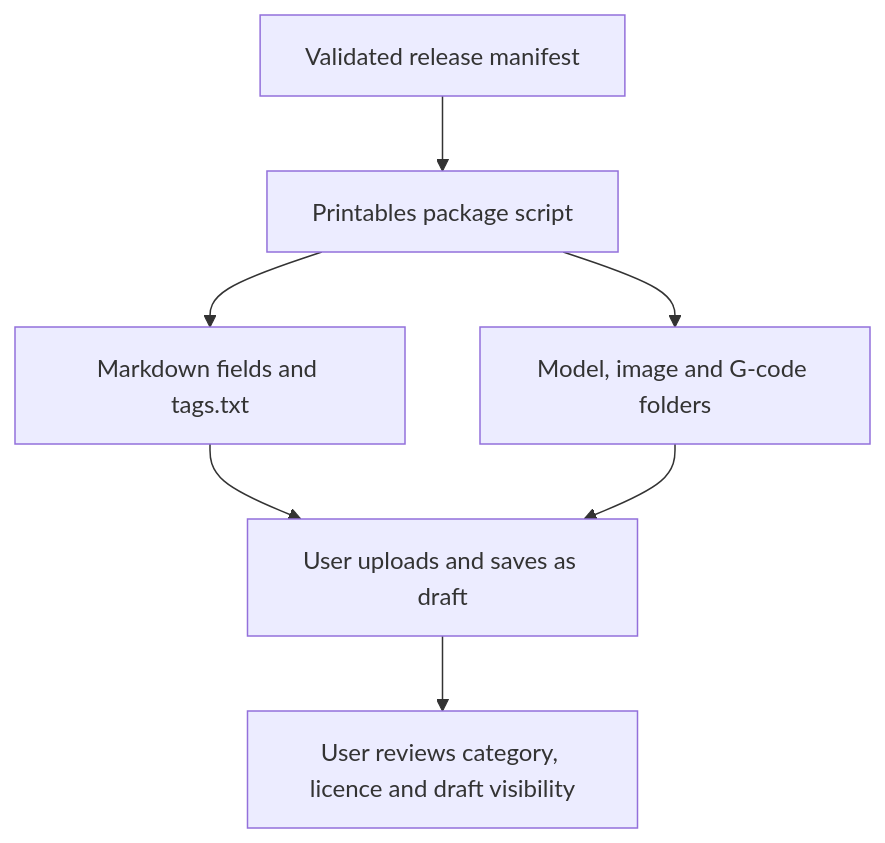
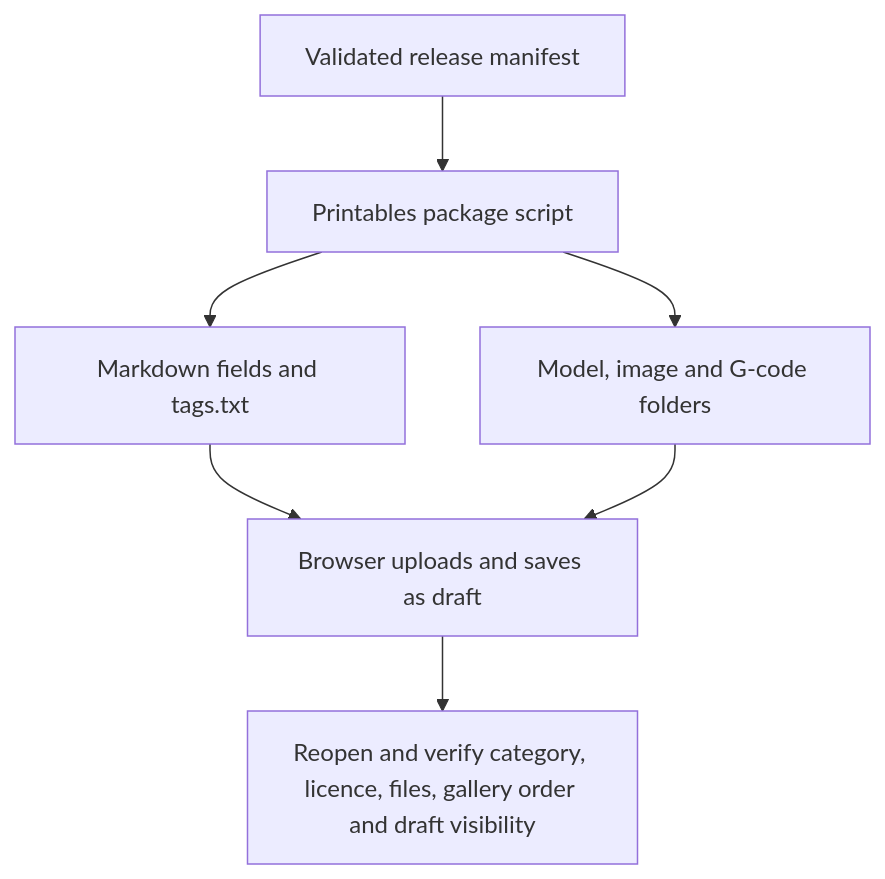
Before and after one commit to ScottGibb/CAD-Publishing-Skills: the second of 4 diagrams in README.md, drawn with Mermaid. The commit also changed other lines of this file and 14 other files, not shown here.

````diff
--- a/README.md
+++ b/README.md
@@ -77,9 +78,9 @@
 ```mermaid
 flowchart TD
     Manifest["Validated release manifest"] --> Package["Printables package script"]
     Package --> Copy["Markdown fields and tags.txt"]
     Package --> Folders["Model, image and G-code folders"]
-    Copy --> User["User uploads and saves as draft"]
+    Copy --> User["Browser uploads and saves as draft"]
     Folders --> User
-    User --> Review["User reviews category, licence and draft visibility"]
+    User --> Review["Reopen and verify category, licence, files, gallery order and draft visibility"]
 ```
````
